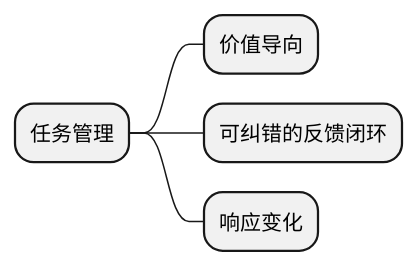
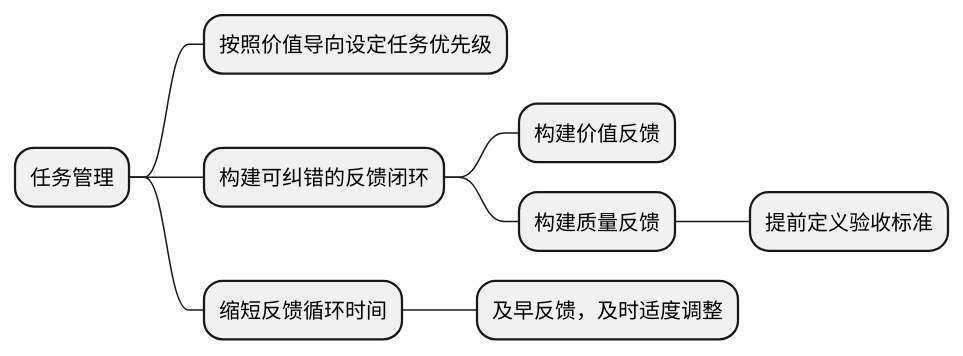
The sixth of 11 diagrams in content/insights/what_is_agile/index.zh-cn.raw.md (lem-org/lem-org.github.io), drawn with PlantUML before and after one commit. The commit also changed other lines of this file and 9 other files, not shown here.

````diff
--- a/content/insights/what_is_agile/index.zh-cn.raw.md
+++ b/content/insights/what_is_agile/index.zh-cn.raw.md
@@ -211,8 +215,12 @@
 ```plantuml
 @startmindmap
 * 任务管理
-    * 价值导向
-    * 可纠错的反馈闭环
-    * 响应变化
+    * 按照价值导向设定任务优先级
+    * 构建可纠错的反馈闭环
+        * 构建价值反馈
+        * 构建质量反馈
+            * 提前定义验收标准
+    * 缩短反馈循环时间
+        * 及早反馈，及时适度调整
 @endmindmap
 ```
````
